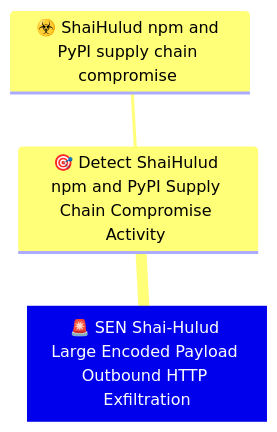
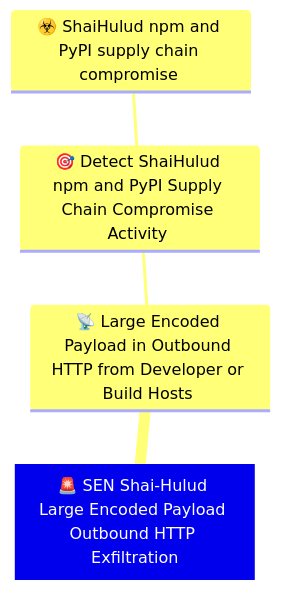
The diagram in Models/Detection Rules/🚨 SEN Shai-Hulud Large Encoded Payload Outbound HTTP Exfiltration.md (OpenTideHQ/WikiTide), drawn with Mermaid before and after one commit. The commit also changed other lines of this file and 23 other files, not shown here.

````diff
--- a/Models/Detection Rules/🚨 SEN Shai-Hulud Large Encoded Payload Outbound HTTP Exfiltration.md
+++ b/Models/Detection Rules/🚨 SEN Shai-Hulud Large Encoded Payload Outbound HTTP Exfiltration.md
@@ -36,11 +36,13 @@
 ```mermaid
 
 mindmap
 Root[🚨 SEN Shai-Hulud Large Encoded Payload Outbound HTTP Exfiltration]
     
-      🎯 Detect ShaiHulud npm and PyPI Supply Chain Compromise Activity 
-          ☣️ ShaiHulud npm and PyPI supply chain compromise 
+      📡 Large Encoded Payload in Outbound HTTP from Developer or Build Hosts 
+          🎯 Detect ShaiHulud npm and PyPI Supply Chain Compromise Activity 
+              ☣️ ShaiHulud npm and PyPI supply chain compromise 
+        
     
 
 
 ```
````
